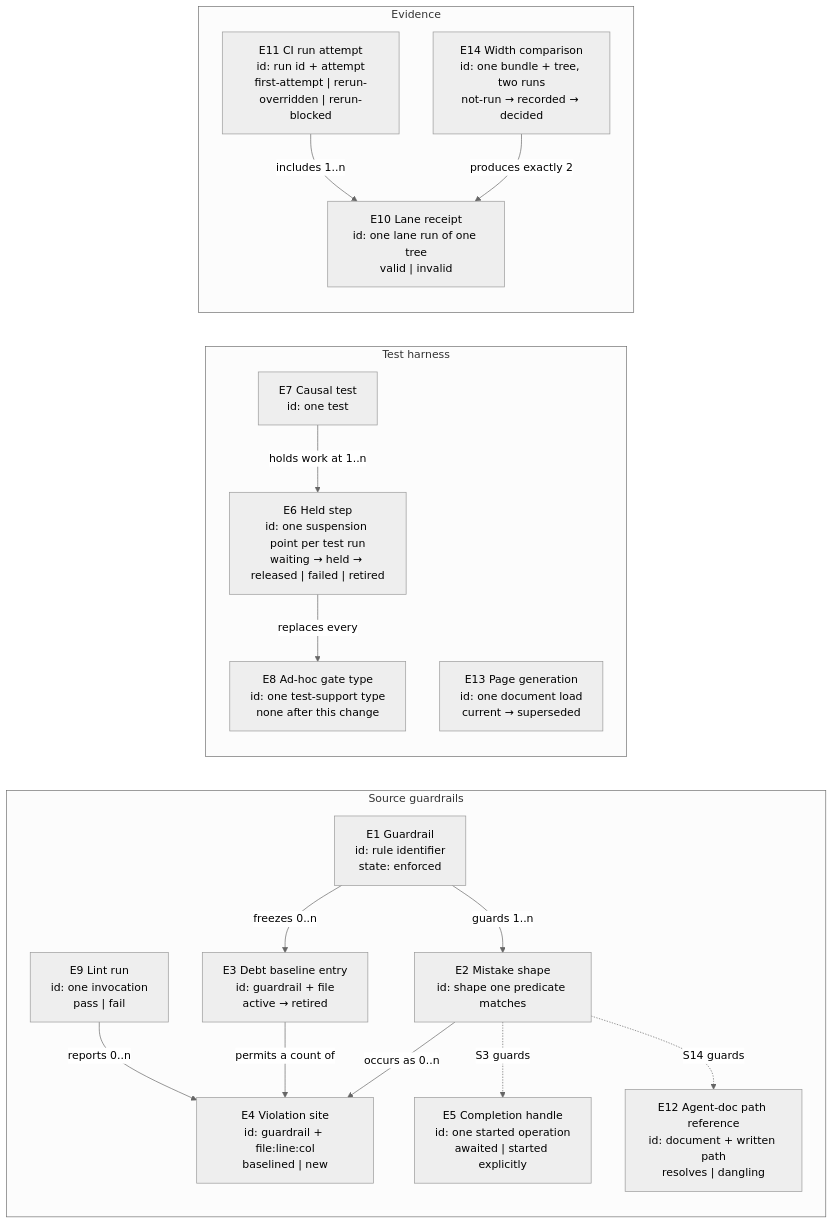
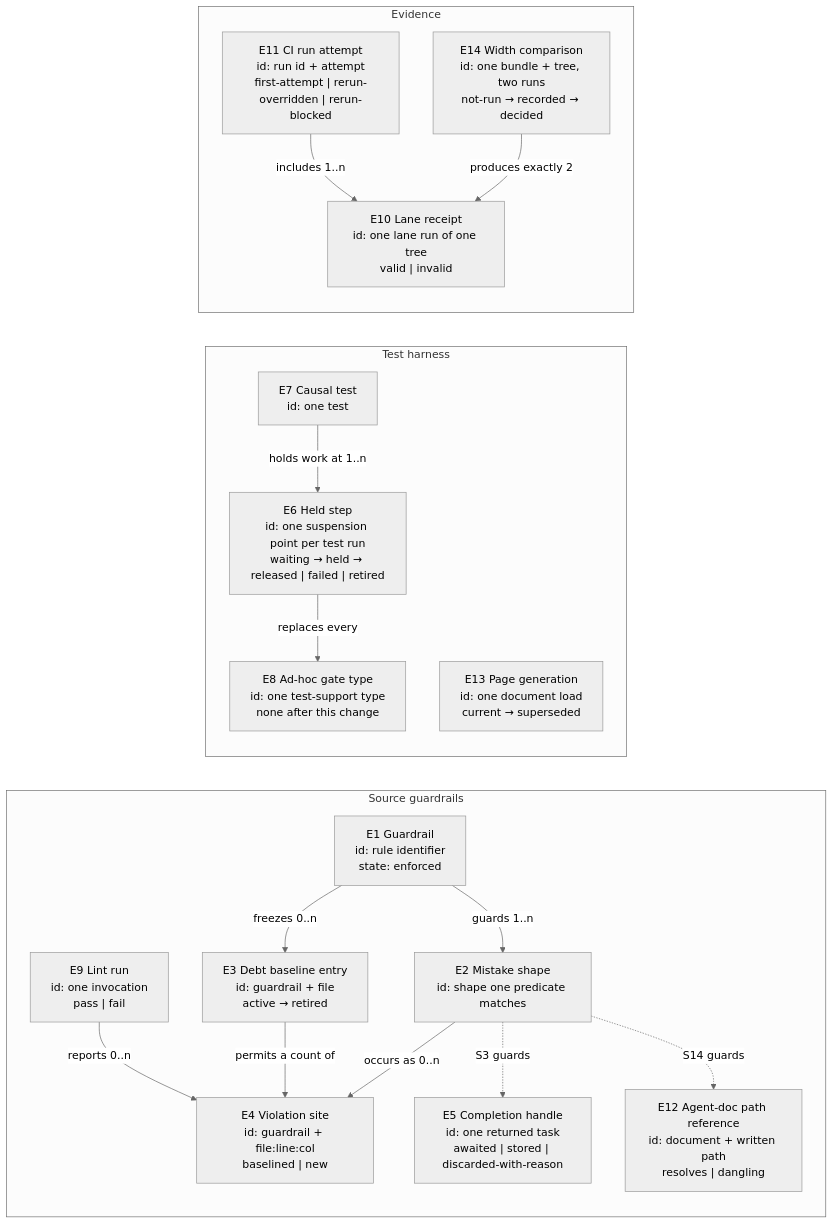
The second of 2 diagrams in docs/specs/2026-09-23-ci-guardrails/2026-09-23-ci-guardrails-specification.md (ShravanSunder/agentstudio), drawn with Mermaid (neutral theme) before and after one commit. The commit also changed other lines of this file and 2 other files, not shown here.

First line of the commit message:
Keep completion handles and enforce discards at compile time

````diff
--- a/docs/specs/2026-09-23-ci-guardrails/2026-09-23-ci-guardrails-specification.md
+++ b/docs/specs/2026-09-23-ci-guardrails/2026-09-23-ci-guardrails-specification.md
@@ -57,34 +57,34 @@
 ```mermaid
 flowchart LR
     subgraph lint["Source guardrails"]
         E1["E1 Guardrail<br/>id: rule identifier<br/>state: enforced"]
         E2["E2 Mistake shape<br/>id: shape one predicate matches"]
         E3["E3 Debt baseline entry<br/>id: guardrail + file<br/>active → retired"]
         E4["E4 Violation site<br/>id: guardrail + file:line:col<br/>baselined | new"]
         E9["E9 Lint run<br/>id: one invocation<br/>pass | fail"]
-        E5["E5 Completion handle<br/>id: one started operation<br/>awaited | started explicitly"]
+        E5["E5 Completion handle<br/>id: one returned task<br/>awaited | stored | discarded-with-reason"]
         E12["E12 Agent-doc path reference<br/>id: document + written path<br/>resolves | dangling"]
     end
     subgraph harness["Test harness"]
         E7["E7 Causal test<br/>id: one test"]
         E6["E6 Held step<br/>id: one suspension point per test run<br/>waiting → held → released | failed | retired"]
         E8["E8 Ad-hoc gate type<br/>id: one test-support type<br/>none after this change"]
         E13["E13 Page generation<br/>id: one document load<br/>current → superseded"]
     end
     subgraph evidence["Evidence"]
         E10["E10 Lane receipt<br/>id: one lane run of one tree<br/>valid | invalid"]
         E11["E11 CI run attempt<br/>id: run id + attempt<br/>first-attempt | rerun-overridden | rerun-blocked"]
         E14["E14 Width comparison<br/>id: one bundle + tree, two runs<br/>not-run → recorded → decided"]
     end
     E1 -- "guards 1..n" --> E2
     E1 -- "freezes 0..n" --> E3
     E2 -- "occurs as 0..n" --> E4
     E3 -- "permits a count of" --> E4
     E9 -- "reports 0..n" --> E4
     E2 -. "S3 guards" .-> E5
     E2 -. "S14 guards" .-> E12
     E7 -- "holds work at 1..n" --> E6
     E6 -- "replaces every" --> E8
     E11 -- "includes 1..n" --> E10
     E14 -- "produces exactly 2" --> E10
 ```
````
